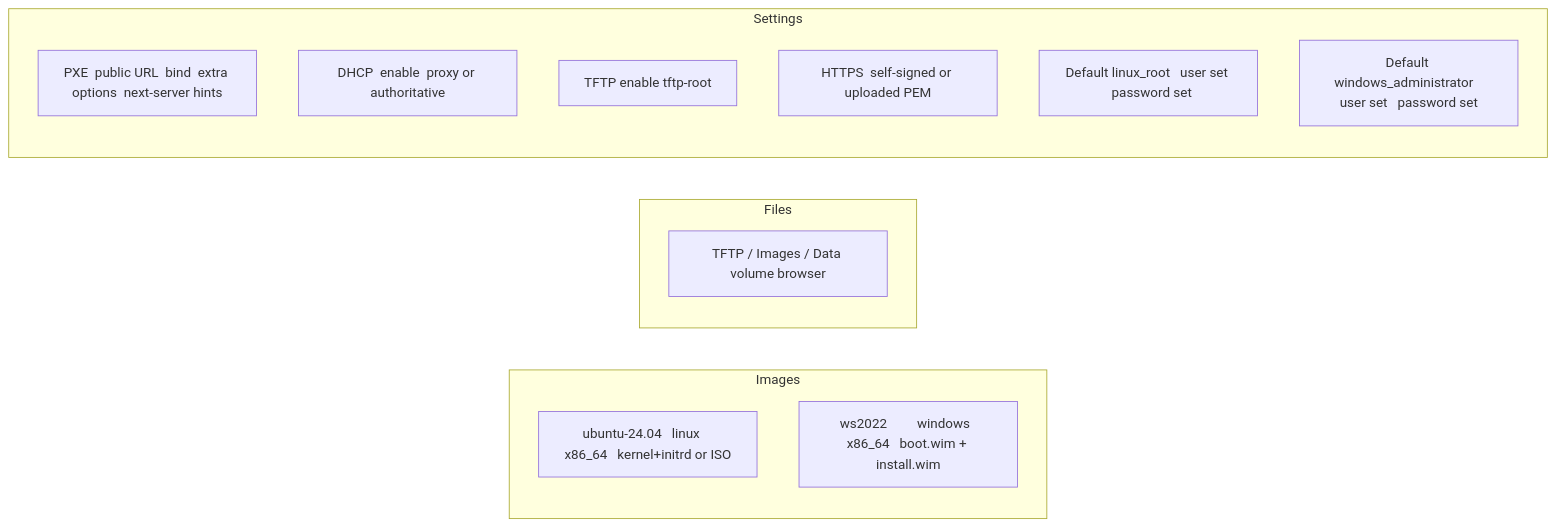
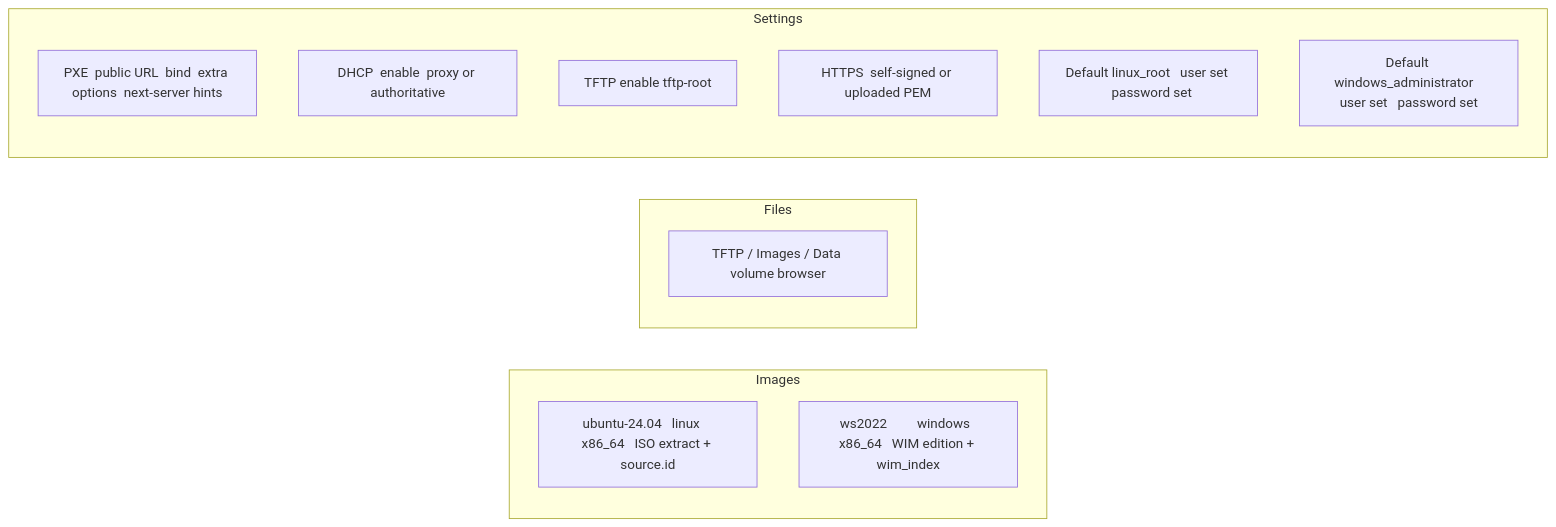
Diagram 14 of 24 in ARCHITECTURE.md (hometinker12/home-lab-pxe), drawn with Mermaid before and after one commit. The commit also changed other lines of this file and 47 other files, not shown here.

First line of the commit message:
Cut 0.3.2 with install-source catalogs and boot-menu reparent

````diff
--- a/ARCHITECTURE.md
+++ b/ARCHITECTURE.md
@@ -321,18 +321,18 @@
 ```mermaid
 flowchart LR
   subgraph images["Images"]
-    Limg["ubuntu-24.04   linux    x86_64   kernel+initrd or ISO"]
-    Wimg["ws2022         windows  x86_64   boot.wim + install.wim"]
+    Limg["ubuntu-24.04   linux    x86_64   ISO extract + source.id"]
+    Wimg["ws2022         windows  x86_64   WIM edition + wim_index"]
   end
   subgraph files["Files"]
     Browser["TFTP / Images / Data volume browser"]
   end
   subgraph settings["Settings"]
     Pxe["PXE  public URL  bind  extra options  next-server hints"]
     Dhcp["DHCP  enable  proxy or authoritative"]
     Tftp["TFTP  enable  tftp-root"]
     Tls["HTTPS  self-signed or uploaded PEM"]
     DefL["Default linux_root   user set   password set"]
     DefW["Default windows_administrator   user set   password set"]
   end
 ```
````
